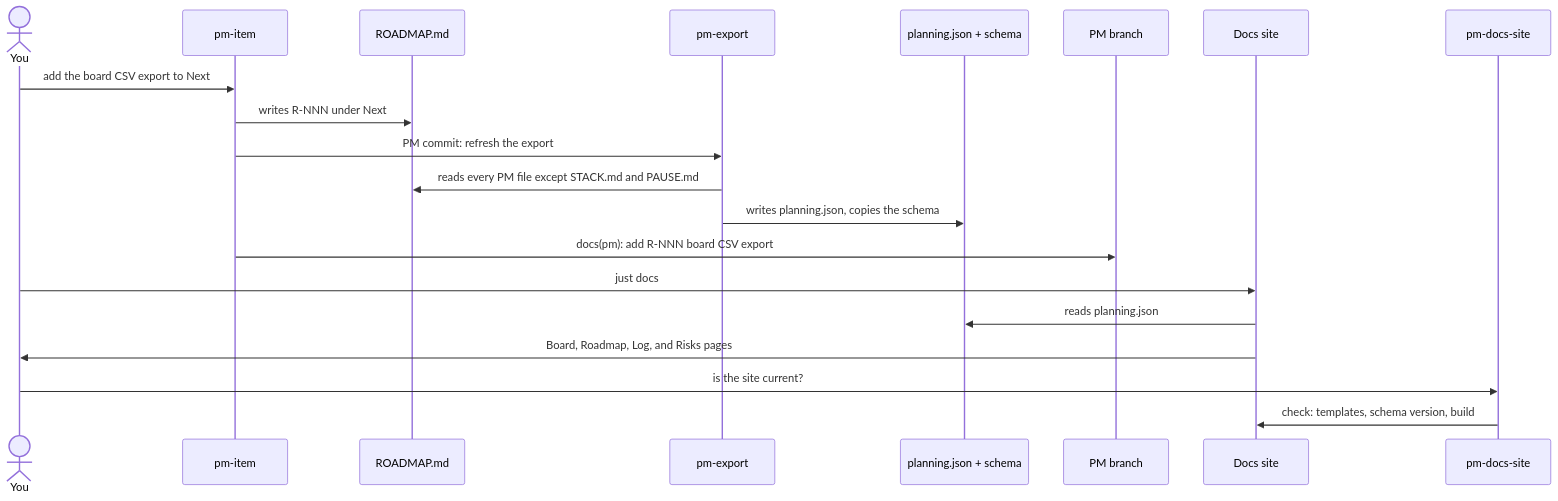
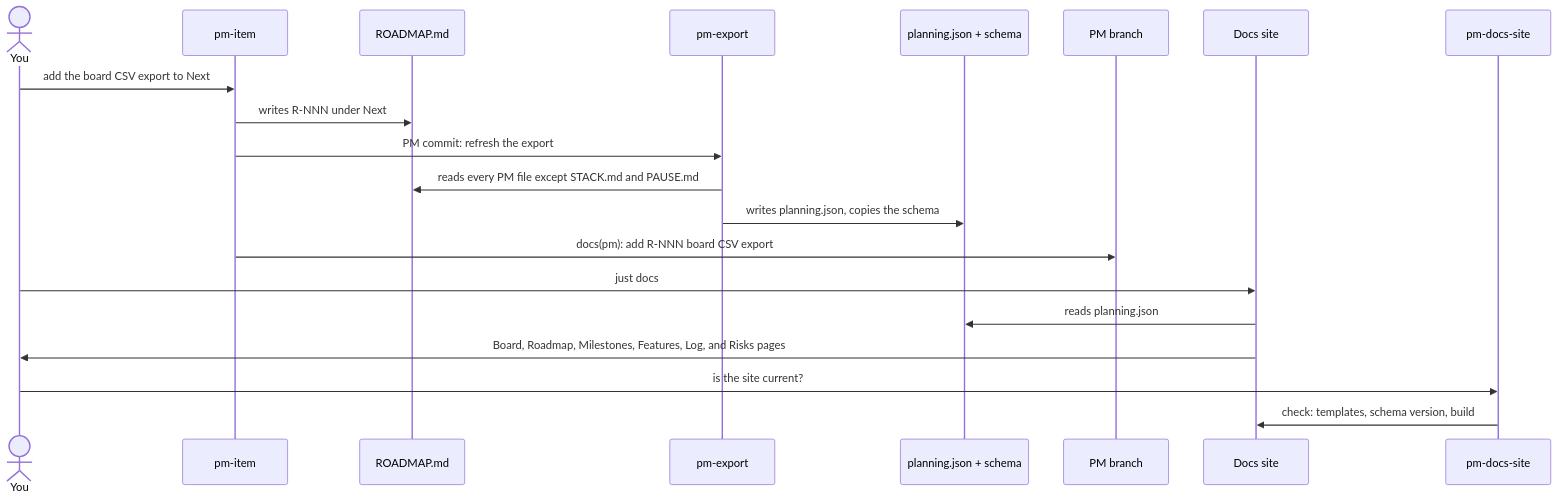
Before and after one commit to purview-dev/pm-skills: the second of 2 diagrams in docs/wiki/reference/Planning-Files.md, drawn with Mermaid. The commit also changed 93 other files, not shown here.

````diff
--- a/docs/wiki/reference/Planning-Files.md
+++ b/docs/wiki/reference/Planning-Files.md
@@ -95,22 +95,22 @@
 ```mermaid
 sequenceDiagram
   actor U as You
   participant IT as pm-item
   participant RM as ROADMAP.md
   participant EX as pm-export
   participant J as planning.json + schema
   participant M as PM branch
   participant DS as Docs site
   participant PD as pm-docs-site
   U->>IT: add the board CSV export to Next
   IT->>RM: writes R-NNN under Next
   IT->>EX: PM commit: refresh the export
   EX->>RM: reads every PM file except STACK.md and PAUSE.md
   EX->>J: writes planning.json, copies the schema
   IT->>M: docs(pm): add R-NNN board CSV export
   U->>DS: just docs
   DS->>J: reads planning.json
-  DS->>U: Board, Roadmap, Log, and Risks pages
+  DS->>U: Board, Roadmap, Milestones, Features, Log, and Risks pages
   U->>PD: is the site current?
   PD->>DS: check: templates, schema version, build
 ```
````
